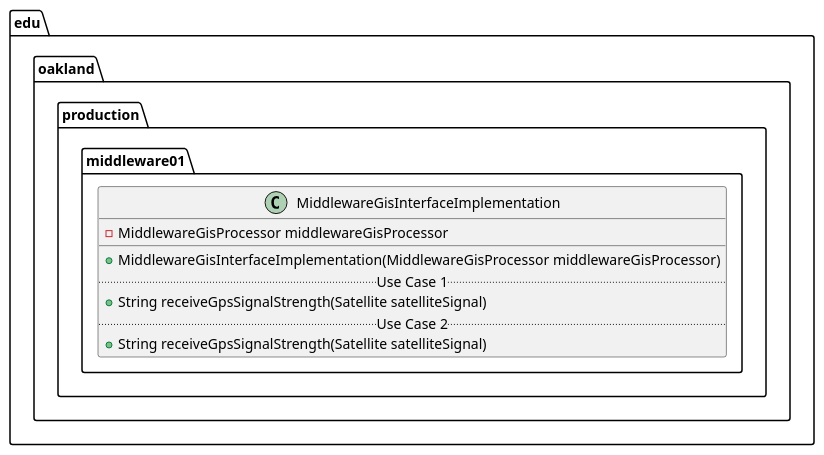
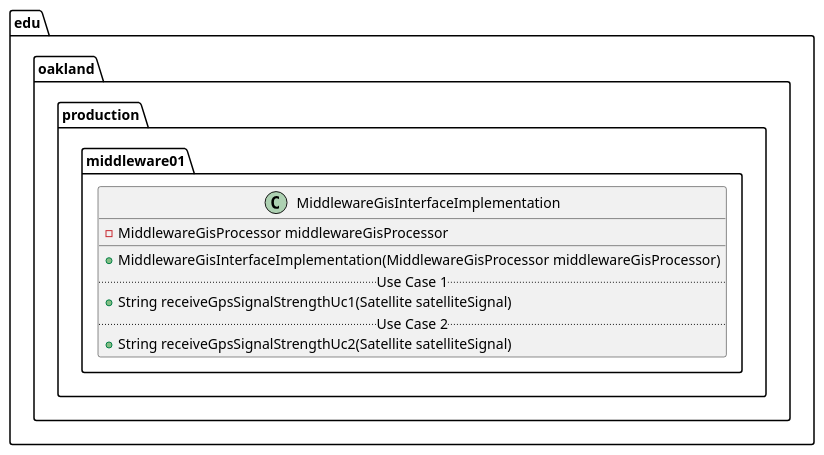
The diagram in docs/uml-class-diagrams/middleware01/production/MiddlewareGisInterfaceImplementation/MiddlewareGisInterfaceImplementation.puml (elilley15/csi-3370-software-project), drawn with PlantUML before and after one commit. The commit also changed 7 other files, not shown here.

```diff
--- a/docs/uml-class-diagrams/middleware01/production/MiddlewareGisInterfaceImplementation/MiddlewareGisInterfaceImplementation.puml
+++ b/docs/uml-class-diagrams/middleware01/production/MiddlewareGisInterfaceImplementation/MiddlewareGisInterfaceImplementation.puml
@@ -1,15 +1,15 @@
 @startuml MiddlewareGisInterfaceImplementation
 
 package edu.oakland.production.middleware01 {
     class MiddlewareGisInterfaceImplementation {
         - MiddlewareGisProcessor middlewareGisProcessor
         __
         + MiddlewareGisInterfaceImplementation(MiddlewareGisProcessor middlewareGisProcessor)
         .. Use Case 1 ..
-        + String receiveGpsSignalStrength(Satellite satelliteSignal)
+        + String receiveGpsSignalStrengthUc1(Satellite satelliteSignal)
         .. Use Case 2 ..
-        + String receiveGpsSignalStrength(Satellite satelliteSignal)
+        + String receiveGpsSignalStrengthUc2(Satellite satelliteSignal)
     }
 }
 
 @enduml
```
